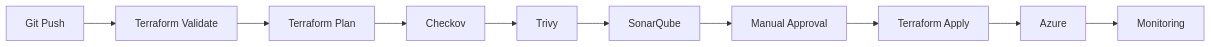
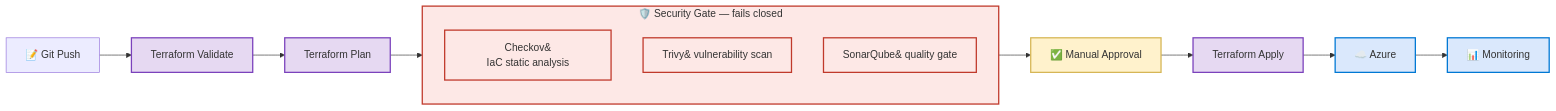
The fourth of 6 diagrams in README.md (aniket-devop/aniket-devop), drawn with Mermaid before and after one commit. The commit also changed other lines of this file, not shown here.

First line of the commit message:
Enhance architecture diagrams and descriptions in README

````diff
--- a/README.md
+++ b/README.md
@@ -181,12 +237,27 @@
 ```mermaid
 flowchart LR
-    GIT["Git Push"] --> VAL["Terraform Validate"]
+    GIT["📝 Git Push"] --> VAL["Terraform Validate"]
     VAL --> PLAN["Terraform Plan"]
-    PLAN --> CHECKOV["Checkov"]
-    CHECKOV --> TRIVY["Trivy"]
-    TRIVY --> SONAR["SonarQube"]
-    SONAR --> APPROVE["Manual Approval"]
+    PLAN --> GATE
+
+    subgraph GATE["🛡️ Security Gate — fails closed"]
+        direction TB
+        CHECKOV["Checkov&#10;IaC static analysis"]
+        TRIVY["Trivy&#10;vulnerability scan"]
+        SONAR["SonarQube&#10;quality gate"]
+    end
+
+    GATE --> APPROVE["✅ Manual Approval"]
     APPROVE --> APPLY["Terraform Apply"]
-    APPLY --> AZURE["Azure"]
-    AZURE --> MON["Monitoring"]
+    APPLY --> AZURE["☁️ Azure"]
+    AZURE --> MON["📊 Monitoring"]
+
+    classDef tf fill:#e6d9f2,stroke:#7B42BC,stroke-width:2px
+    classDef gate fill:#fde8e6,stroke:#c0392b,stroke-width:2px
+    classDef approve fill:#fff2cc,stroke:#d6b656,stroke-width:2px
+    classDef azure fill:#dae8fc,stroke:#0078D4,stroke-width:2px
+    class VAL,PLAN,APPLY tf
+    class GATE,CHECKOV,TRIVY,SONAR gate
+    class APPROVE approve
+    class AZURE,MON azure
 ```
````
